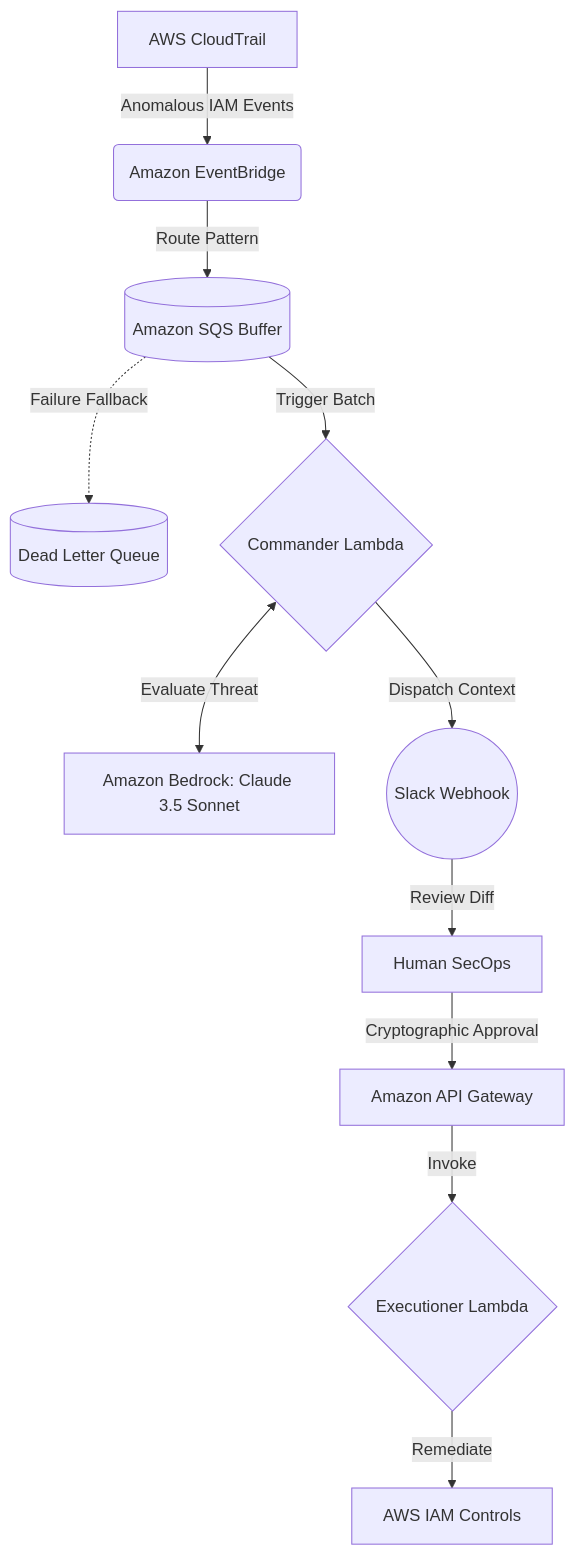
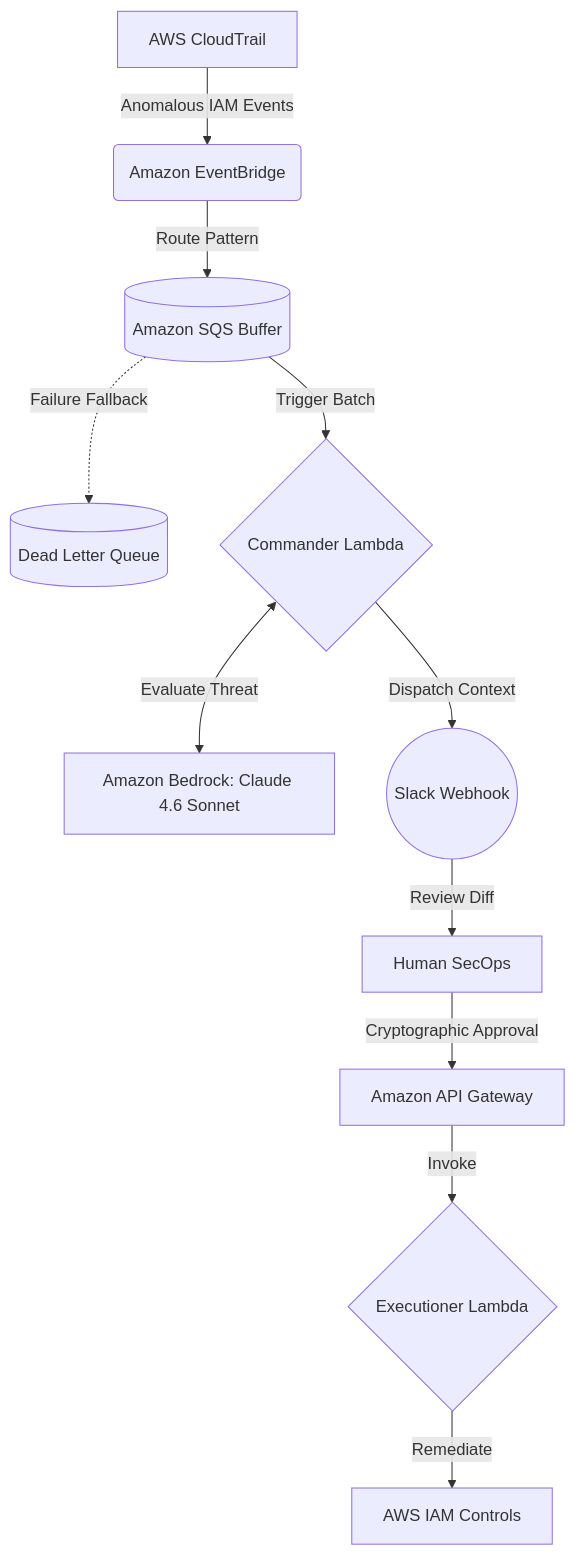
Before and after one commit to Yusomii/Agentic-NHI: the diagram in README.md, drawn with Mermaid.

````diff
--- a/README.md
+++ b/README.md
@@ -7,20 +7,20 @@
 ```mermaid
 graph TD
     %% Ingestion & Decoupling Layer
     A[AWS CloudTrail] -->|Anomalous IAM Events| B(Amazon EventBridge)
     B -->|Route Pattern| C[(Amazon SQS Buffer)]
     C -.->|Failure Fallback| DLQ[(Dead Letter Queue)]
 
     %% Analysis Plane (Least Privilege: Read Only)
     C -->|Trigger Batch| D{Commander Lambda}
-    D <-->|Evaluate Threat| E[Amazon Bedrock: Claude 3.5 Sonnet]
+    D <-->|Evaluate Threat| E[Amazon Bedrock: Claude 4.6 Sonnet]
     D -->|Dispatch Context| F((Slack Webhook))
 
     %% Human-in-the-Loop
     F -->|Review Diff| G[Human SecOps]
 
     %% Execution Plane (Isolated Blast Radius)
     G -->|Cryptographic Approval| H[Amazon API Gateway]
     H -->|Invoke| I{Executioner Lambda}
     I -->|Remediate| J[AWS IAM Controls]
 ```
````
